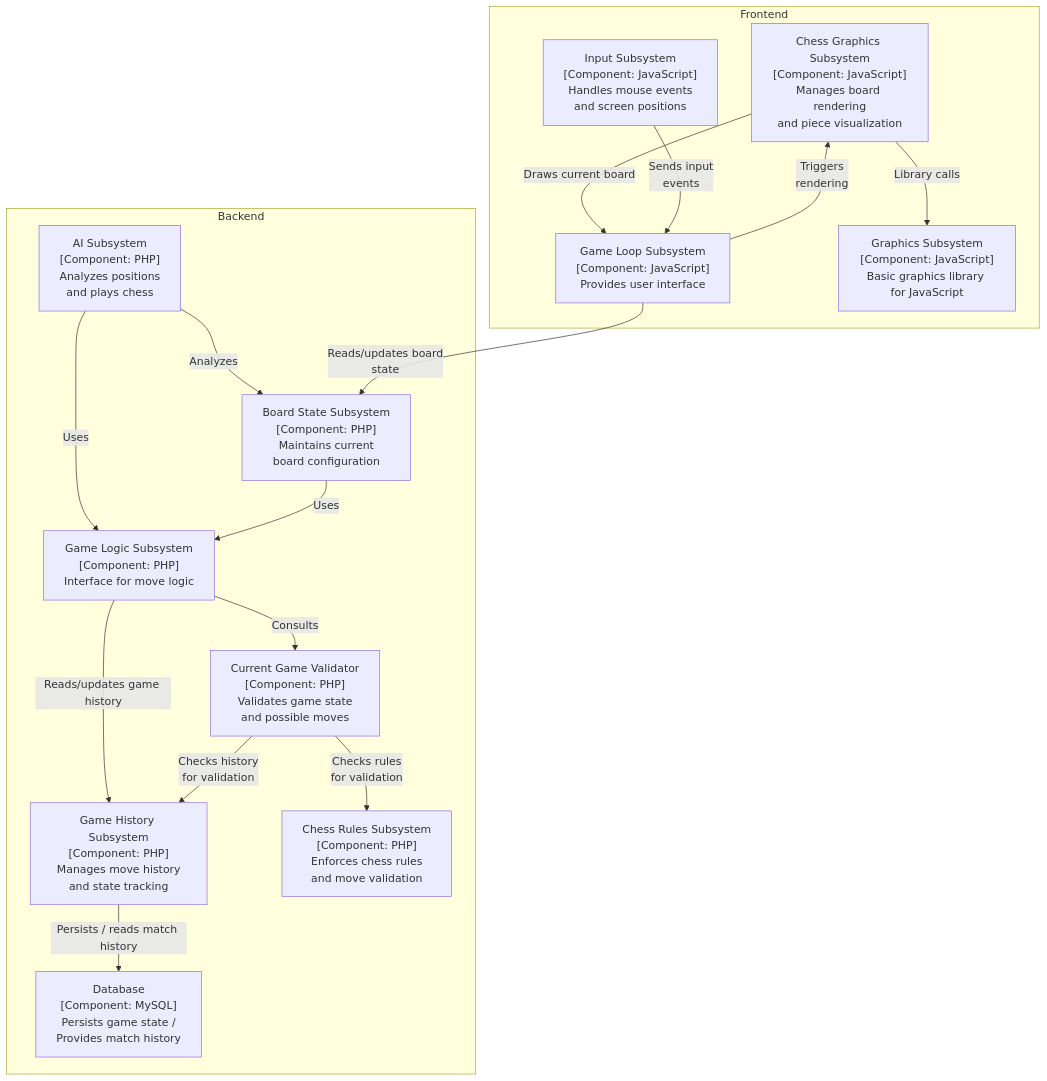
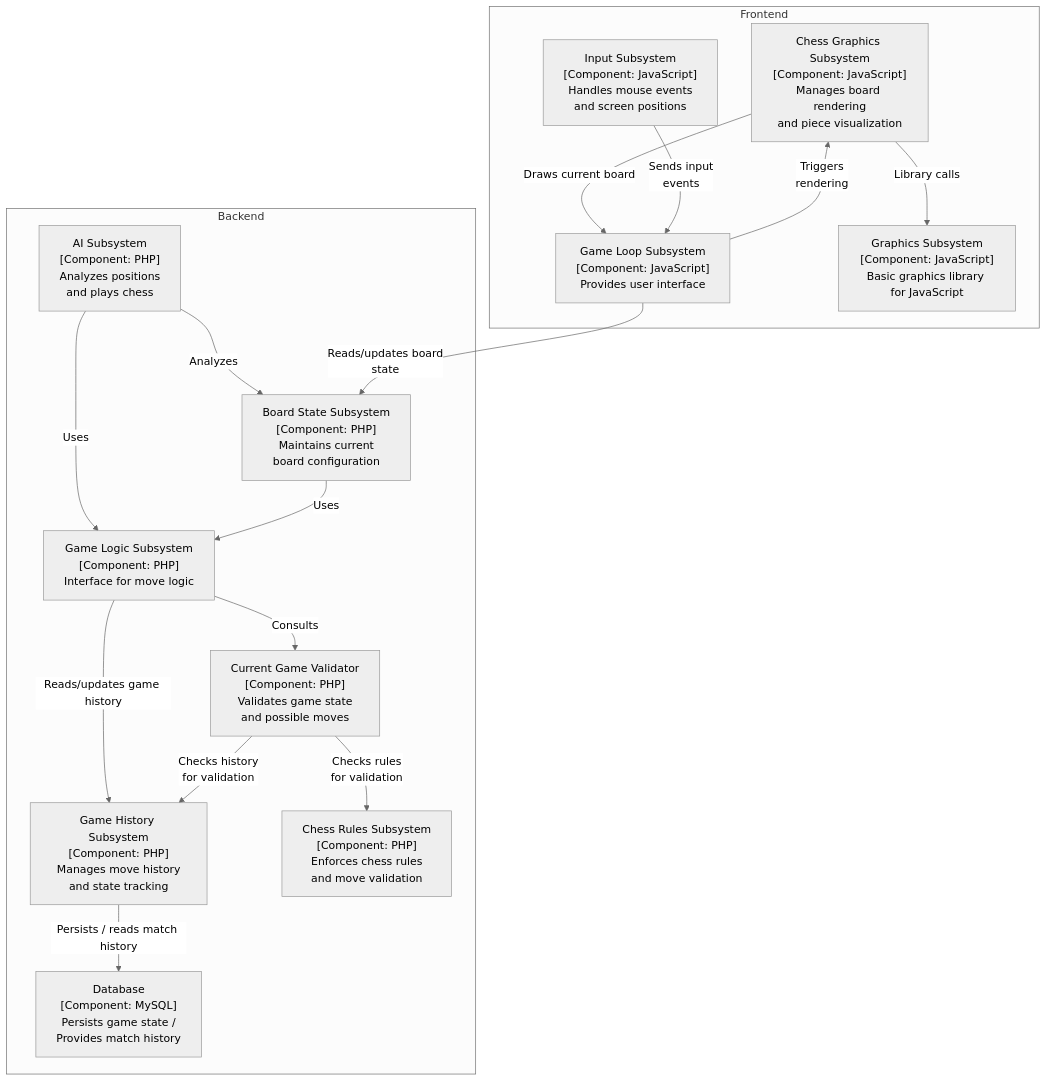
Before and after one commit to skyler544/chess-architecture: the first of 2 diagrams in arc42/README.md, drawn with Mermaid. The commit also changed other lines of this file, not shown here.

Commit message:
fix building block view

````diff
--- a/arc42/README.md
+++ b/arc42/README.md
@@ -187,34 +185,38 @@
 ```mermaid
-   flowchart TB
+---
+config:
+    theme: neutral
+---
+flowchart TB
    subgraph Frontend
        ChessGraphics["Chess Graphics Subsystem<br/>[Component: JavaScript]<br/>Manages board rendering<br/>and piece visualization"]
        GameLoop["Game Loop Subsystem<br/>[Component: JavaScript]<br/>Provides user interface"]
        Graphics["Graphics Subsystem<br/>[Component: JavaScript]<br/>Basic graphics library for JavaScript"]
        Input["Input Subsystem<br/>[Component: JavaScript]<br/>Handles mouse events<br/>and screen positions"]
    end
 
    subgraph Backend
        AI["AI Subsystem<br/>[Component: PHP]<br/>Analyzes positions<br/>and plays chess"]
        BoardState["Board State Subsystem<br/>[Component: PHP]<br/>Maintains current<br/>board configuration"]
        GameLogic["Game Logic Subsystem<br/>[Component: PHP]<br/>Interface for move logic"]
        GameValidator["Current Game Validator<br/>[Component: PHP]<br/>Validates game state<br/>and possible moves"]
        History["Game History Subsystem<br/>[Component: PHP]<br/>Manages move history<br/>and state tracking"]
        Persistence["Database<br/>[Component: MySQL]<br/>Persists game state /<br/>Provides match history"]
        Rules["Chess Rules Subsystem<br/>[Component: PHP]<br/>Enforces chess rules<br/>and move validation"]
    end
 
    %% Component Relationships
    AI -->|"Analyzes"| BoardState
    AI -->|"Uses"| GameLogic
    BoardState -->|"Uses<br/>"| GameLogic
    ChessGraphics -->|"Draws current board"| GameLoop
    ChessGraphics -->|"Library calls"| Graphics
    GameLogic -->|"Consults"| GameValidator
    GameLogic -->|"Reads/updates game history"| History
    GameLoop -->|"Reads/updates board<br/>state"| BoardState
    GameLoop -->|"Triggers<br/>rendering"| ChessGraphics
    GameValidator -->|"Checks history<br/> for validation"| History
    GameValidator -->|"Checks rules<br/> for validation"| Rules
    History -->|"Persists / reads match history"| Persistence
    Input -->|"Sends input<br/>events"| GameLoop
 ```
````
